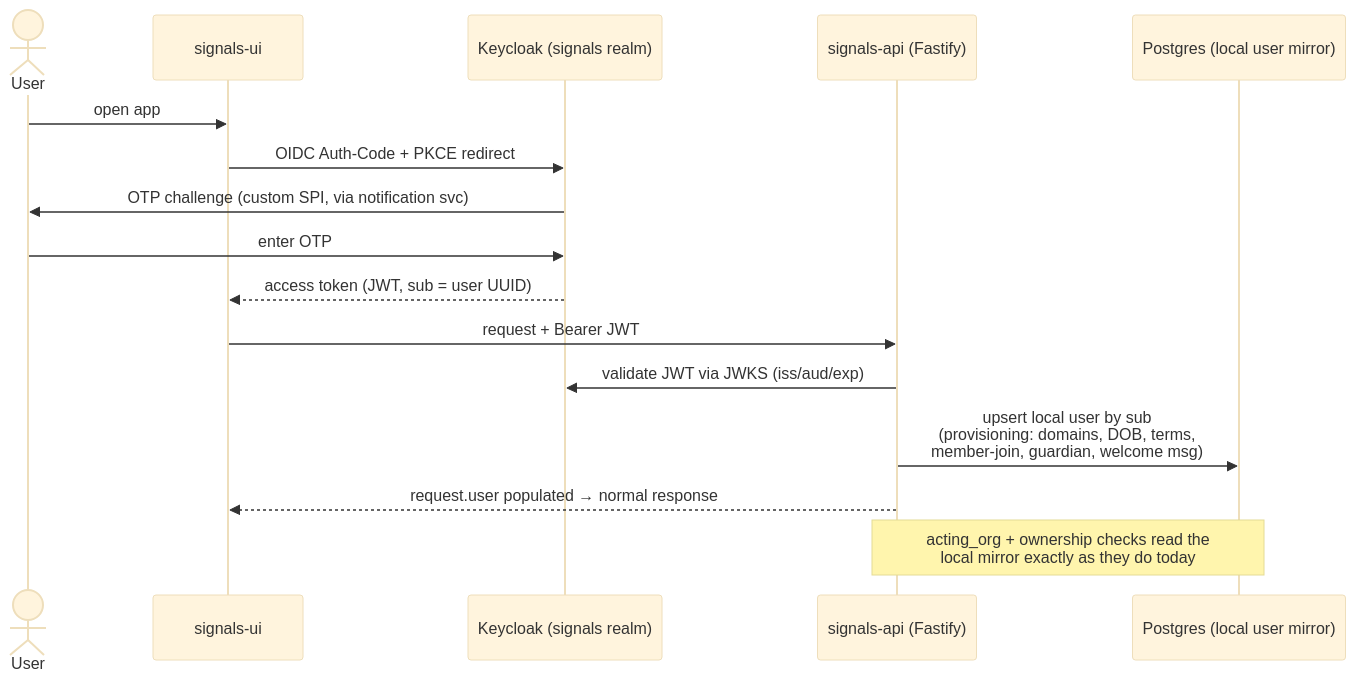
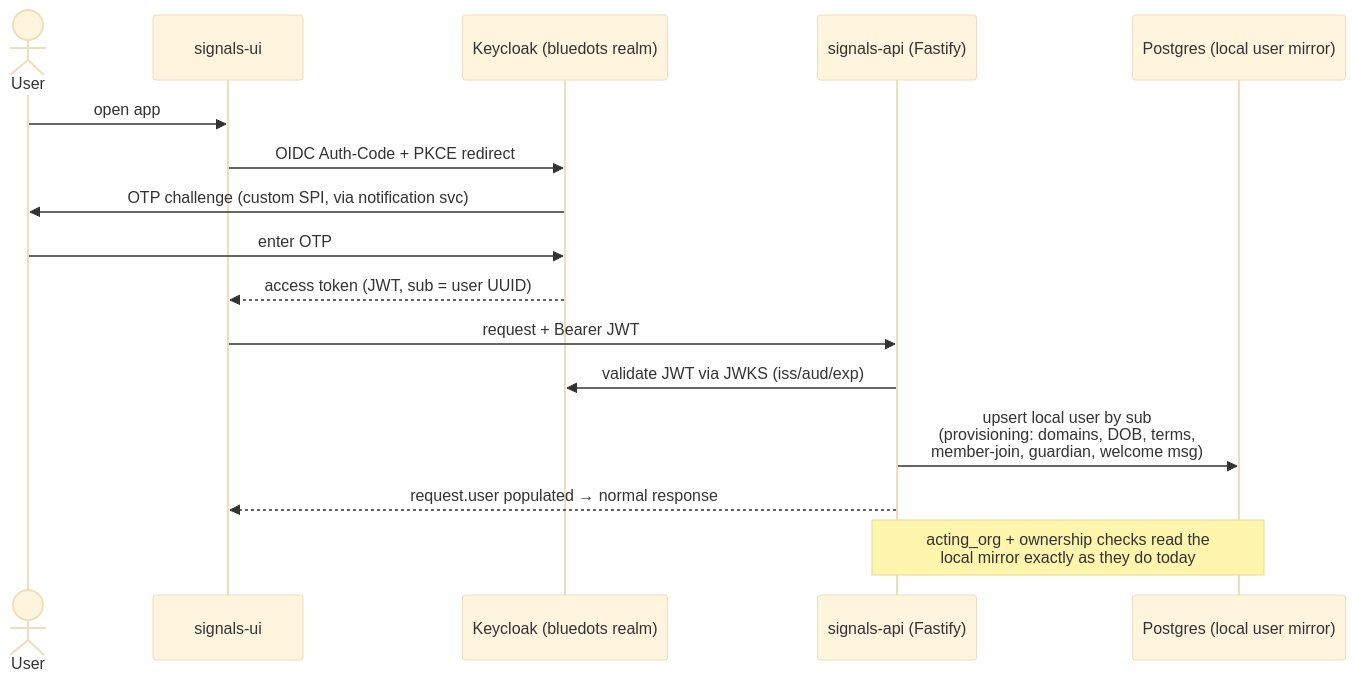
Before and after one commit to Blue-Dots-Economy/signals-dpg: the second of 2 diagrams in docs/superpowers/plans/2026-07-23-keycloak-migration-design.md, drawn with Mermaid (base theme). The commit also changed other lines of this file, not shown here.

````diff
--- a/docs/superpowers/plans/2026-07-23-keycloak-migration-design.md
+++ b/docs/superpowers/plans/2026-07-23-keycloak-migration-design.md
@@ -154,19 +148,19 @@
 ```mermaid
 sequenceDiagram
     actor User
     participant UI as signals-ui
-    participant KC as Keycloak (signals realm)
+    participant KC as Keycloak (bluedots realm)
     participant API as signals-api (Fastify)
     participant DB as Postgres (local user mirror)
 
     User->>UI: open app
     UI->>KC: OIDC Auth-Code + PKCE redirect
     KC->>User: OTP challenge (custom SPI, via notification svc)
     User->>KC: enter OTP
     KC-->>UI: access token (JWT, sub = user UUID)
     UI->>API: request + Bearer JWT
     API->>KC: validate JWT via JWKS (iss/aud/exp)
     API->>DB: upsert local user by sub<br/>(provisioning: domains, DOB, terms,<br/>member-join, guardian, welcome msg)
     API-->>UI: request.user populated → normal response
     Note over API,DB: acting_org + ownership checks read the<br/>local mirror exactly as they do today
 ```
````
